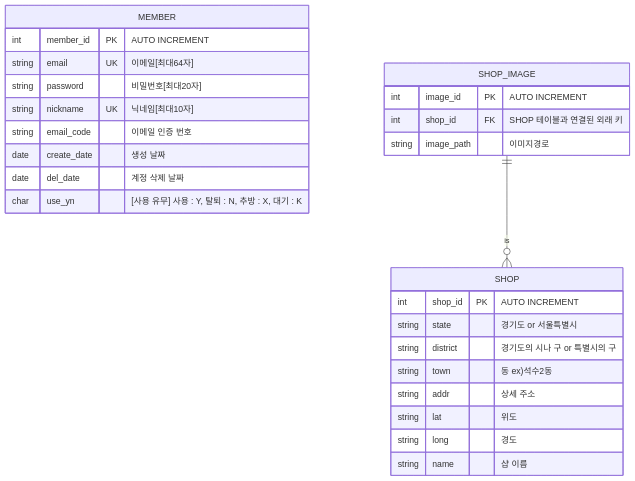
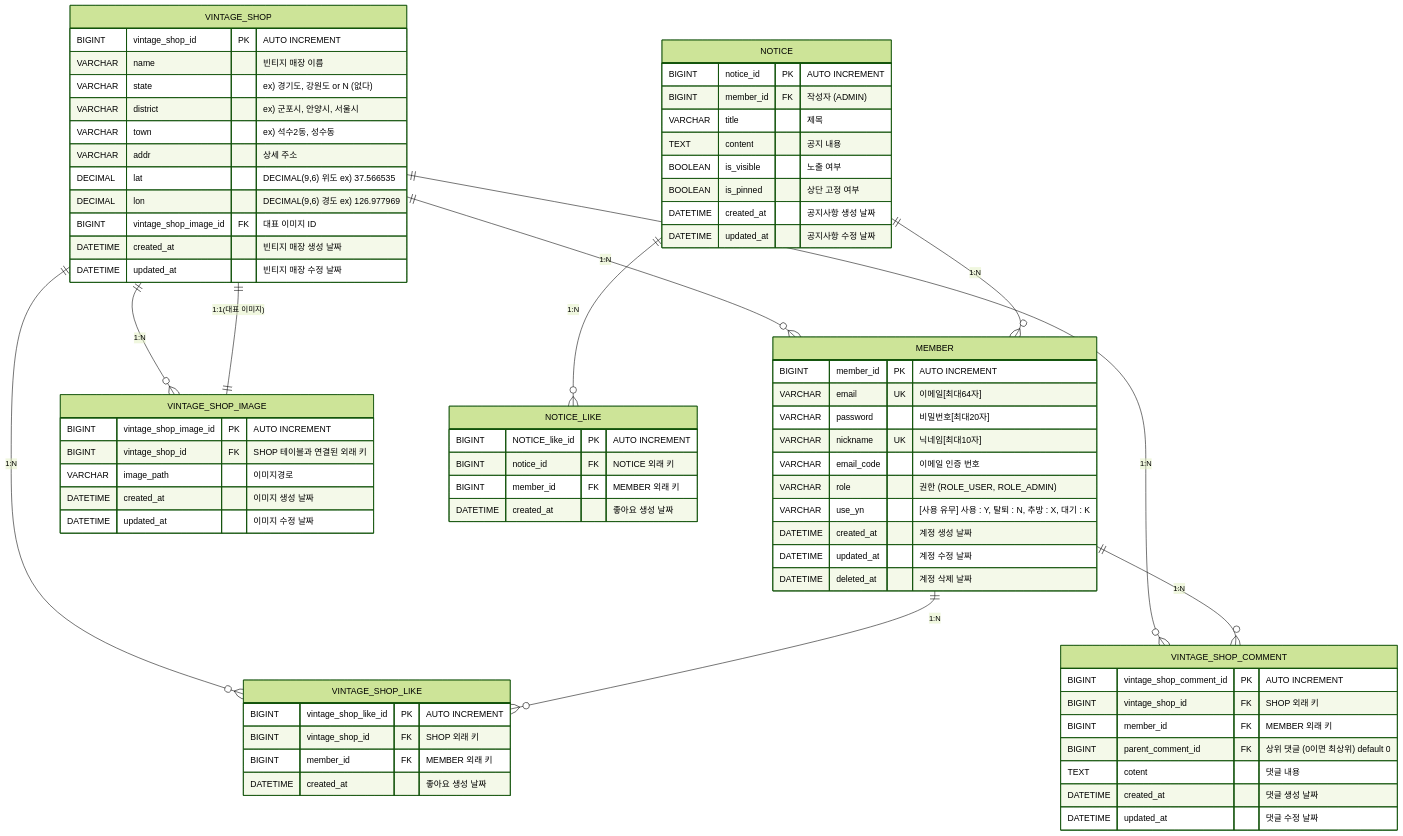
One commit to kimyezzang97/NewVintly changed the diagram in mermaid/erd.md. Above: the diagram before and after it, drawn with Mermaid.

Commit message:
docs: ERD 수정
MEMBER 테이블 수정
- 권한 추가(ROLE_USER, ROLE_ADMIN)

VINTAGE_SHOP 테이블 수정
- SHOP > VINTAGE_SHOP 이름 변경
- name 컬럼 추가
- state, ditrict 컬럼 의미 수정
- vintage_shop_image_id 대표 이미지 ID 추가

VINTAGE_SHOP_IMAGE 테이블 신규 추가
VINTAGE_SHOP_LIKE 테이블 신규 추가
VINTAGE_SHOP_COMMENT 테이블 신규 추가
NOTICE 테이블 신규 추가
NOTICE_LIKE 테이블 신규추가

````diff
--- a/mermaid/erd.md
+++ b/mermaid/erd.md
@@ -1,30 +1,88 @@
 ```mermaid
+---
+config:
+  theme: forest
+---
 erDiagram
     MEMBER {
-        int member_id PK "AUTO INCREMENT"
-        string email UK "이메일[최대64자]"
-        string password "비밀번호[최대20자]"
-        string nickname UK "닉네임[최대10자]"
-        string email_code "이메일 인증 번호"
-        date create_date "생성 날짜"
-        date del_date "계정 삭제 날짜"
-        char use_yn "[사용 유무] 사용 : Y, 탈퇴 : N, 추방 : X, 대기 : K"
+        BIGINT member_id PK "AUTO INCREMENT"
+        VARCHAR email UK "이메일[최대64자]"
+        VARCHAR password "비밀번호[최대20자]"
+        VARCHAR nickname UK "닉네임[최대10자]"
+        VARCHAR email_code "이메일 인증 번호"
+        VARCHAR role "권한 (ROLE_USER, ROLE_ADMIN)"
+        VARCHAR use_yn "[사용 유무] 사용 : Y, 탈퇴 : N, 추방 : X, 대기 : K"
+        DATETIME created_at "계정 생성 날짜"
+        DATETIME updated_at "계정 수정 날짜"
+        DATETIME deleted_at "계정 삭제 날짜"
     }
     
-    SHOP {
-        int shop_id PK "AUTO INCREMENT"
-        string state "경기도 or 서울특별시"
-        string district "경기도의 시나 구 or 특별시의 구"
-        string town "동 ex)석수2동"
-        string addr "상세 주소"
-        string lat "위도"
-        string long "경도"
-        string name "샵 이름"
+    VINTAGE_SHOP {
+        BIGINT vintage_shop_id PK "AUTO INCREMENT"
+        VARCHAR name "빈티지 매장 이름"
+        VARCHAR state "ex) 경기도, 강원도 or N (없다)"
+        VARCHAR district "ex) 군포시, 안양시, 서울시"
+        VARCHAR town "ex) 석수2동, 성수동"
+        VARCHAR addr "상세 주소"
+        DECIMAL lat "DECIMAL(9,6) 위도 ex) 37.566535"
+        DECIMAL lon "DECIMAL(9,6) 경도 ex) 126.977969"
+        BIGINT vintage_shop_image_id FK "대표 이미지 ID"
+        DATETIME created_at "빈티지 매장 생성 날짜"
+        DATETIME updated_at "빈티지 매장 수정 날짜"
     }
-    SHOP_IMAGE ||--o{ SHOP : is
-    SHOP_IMAGE {
-        int image_id PK  "AUTO INCREMENT"
-        int shop_id FK "SHOP 테이블과 연결된 외래 키"
-        string image_path "이미지경로"
+    
+    VINTAGE_SHOP_IMAGE {
+        BIGINT vintage_shop_image_id PK  "AUTO INCREMENT"
+        BIGINT vintage_shop_id FK "SHOP 테이블과 연결된 외래 키"
+        VARCHAR image_path "이미지경로"
+        DATETIME created_at "이미지 생성 날짜"
+        DATETIME updated_at "이미지 수정 날짜"
     }
+
+    VINTAGE_SHOP_LIKE {
+        BIGINT vintage_shop_like_id PK "AUTO INCREMENT"
+        BIGINT vintage_shop_id FK "SHOP 외래 키"
+        BIGINT member_id FK "MEMBER 외래 키"
+        DATETIME created_at "좋아요 생성 날짜"
+    }
+    
+    VINTAGE_SHOP_COMMENT {
+        BIGINT vintage_shop_comment_id PK "AUTO INCREMENT"
+        BIGINT vintage_shop_id FK "SHOP 외래 키"
+        BIGINT member_id FK "MEMBER 외래 키"
+        BIGINT parent_comment_id FK "상위 댓글 (0이면 최상위) default 0"
+        TEXT cotent "댓글 내용"
+        DATETIME created_at "댓글 생성 날짜"
+        DATETIME updated_at "댓글 수정 날짜"
+    }
+    
+    NOTICE {
+        BIGINT notice_id PK "AUTO INCREMENT"
+        BIGINT member_id FK "작성자 (ADMIN)"
+        VARCHAR title "제목"
+        TEXT content "공지 내용"
+        BOOLEAN is_visible "노출 여부"
+        BOOLEAN is_pinned "상단 고정 여부"
+        DATETIME created_at "공지사항 생성 날짜"
+        DATETIME updated_at "공지사항 수정 날짜"
+    }
+
+    NOTICE_LIKE {
+        BIGINT NOTICE_like_id PK "AUTO INCREMENT"
+        BIGINT notice_id FK "NOTICE 외래 키"
+        BIGINT member_id FK "MEMBER 외래 키"
+        DATETIME created_at "좋아요 생성 날짜"
+    }
+
+    VINTAGE_SHOP ||--o{ VINTAGE_SHOP_IMAGE : "1:N"
+    VINTAGE_SHOP_IMAGE ||--|| VINTAGE_SHOP : "1:1(대표 이미지)"
+    VINTAGE_SHOP ||--o{ VINTAGE_SHOP_LIKE : "1:N"
+    VINTAGE_SHOP ||--o{ MEMBER : "1:N"
+    VINTAGE_SHOP ||--o{ VINTAGE_SHOP_COMMENT : "1:N"
+    MEMBER ||--o{ VINTAGE_SHOP_COMMENT : "1:N"
+    MEMBER ||--o{ VINTAGE_SHOP_LIKE : "1:N"
+    NOTICE ||--o{ NOTICE_LIKE : "1:N"
+    NOTICE ||--o{ MEMBER : "1:N"
+    
+    
 ```
````
